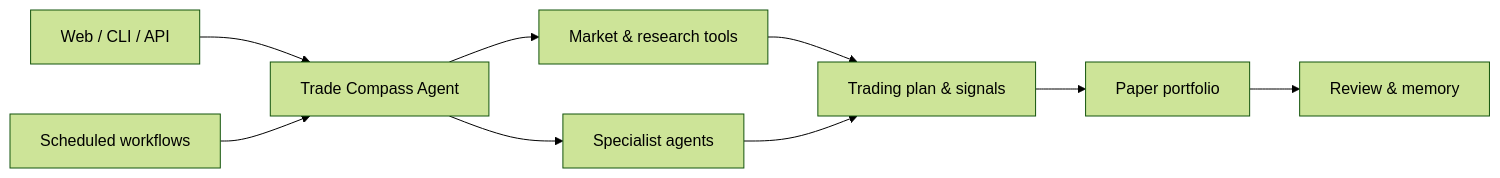
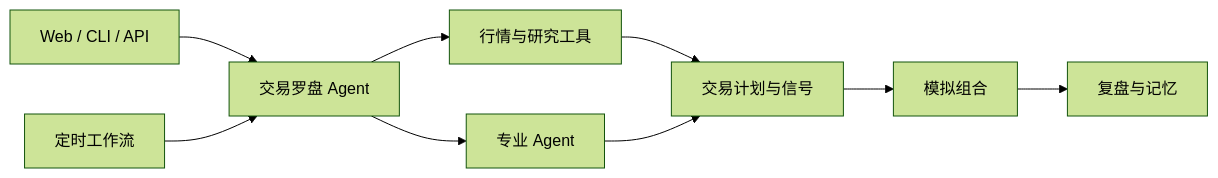
The diagram in README.md (AdenChenCoder/trade-compass-agent), drawn with Mermaid (forest theme) before and after one commit. The commit also changed other lines of this file and 15 other files, not shown here.

````diff
--- a/README.md
+++ b/README.md
@@ -137,11 +133,11 @@
 ```mermaid
 flowchart LR
-    U["Web / CLI / API"] --> A["Trade Compass Agent"]
-    A --> T["Market & research tools"]
-    A --> S["Specialist agents"]
-    T --> P["Trading plan & signals"]
+    U["Web / CLI / API"] --> A["交易罗盘 Agent"]
+    A --> T["行情与研究工具"]
+    A --> S["专业 Agent"]
+    T --> P["交易计划与信号"]
     S --> P
-    P --> F["Paper portfolio"]
-    F --> R["Review & memory"]
-    J["Scheduled workflows"] --> A
+    P --> F["模拟组合"]
+    F --> R["复盘与记忆"]
+    J["定时工作流"] --> A
 ```
````
